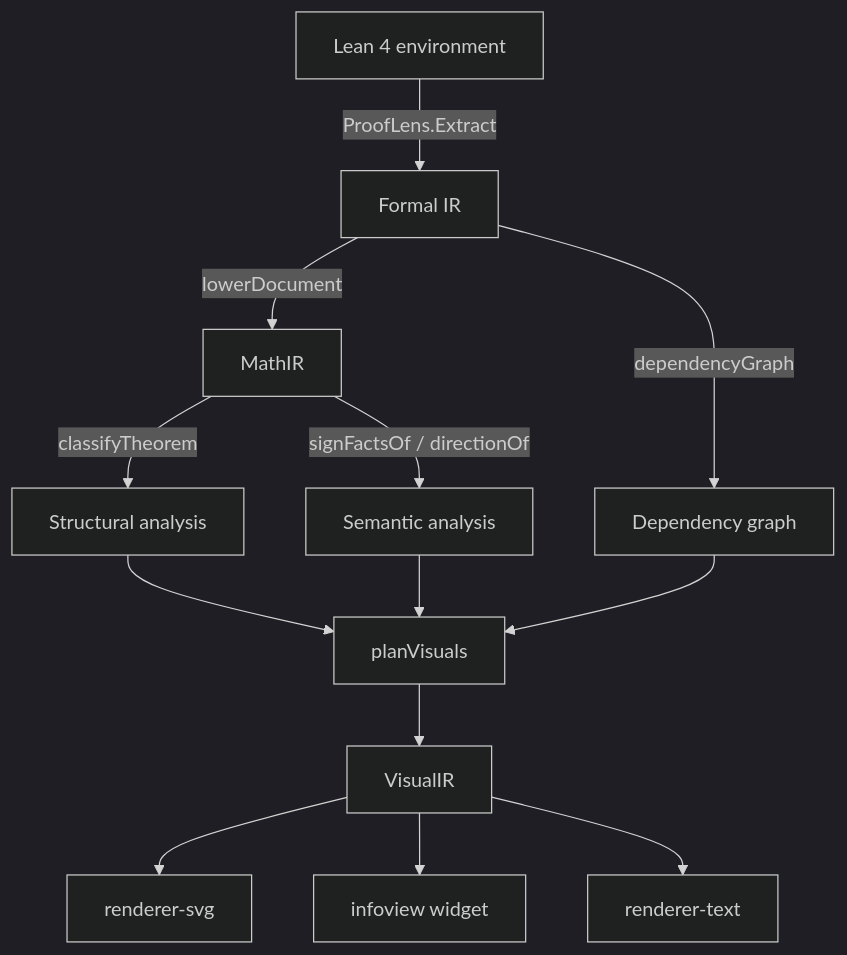
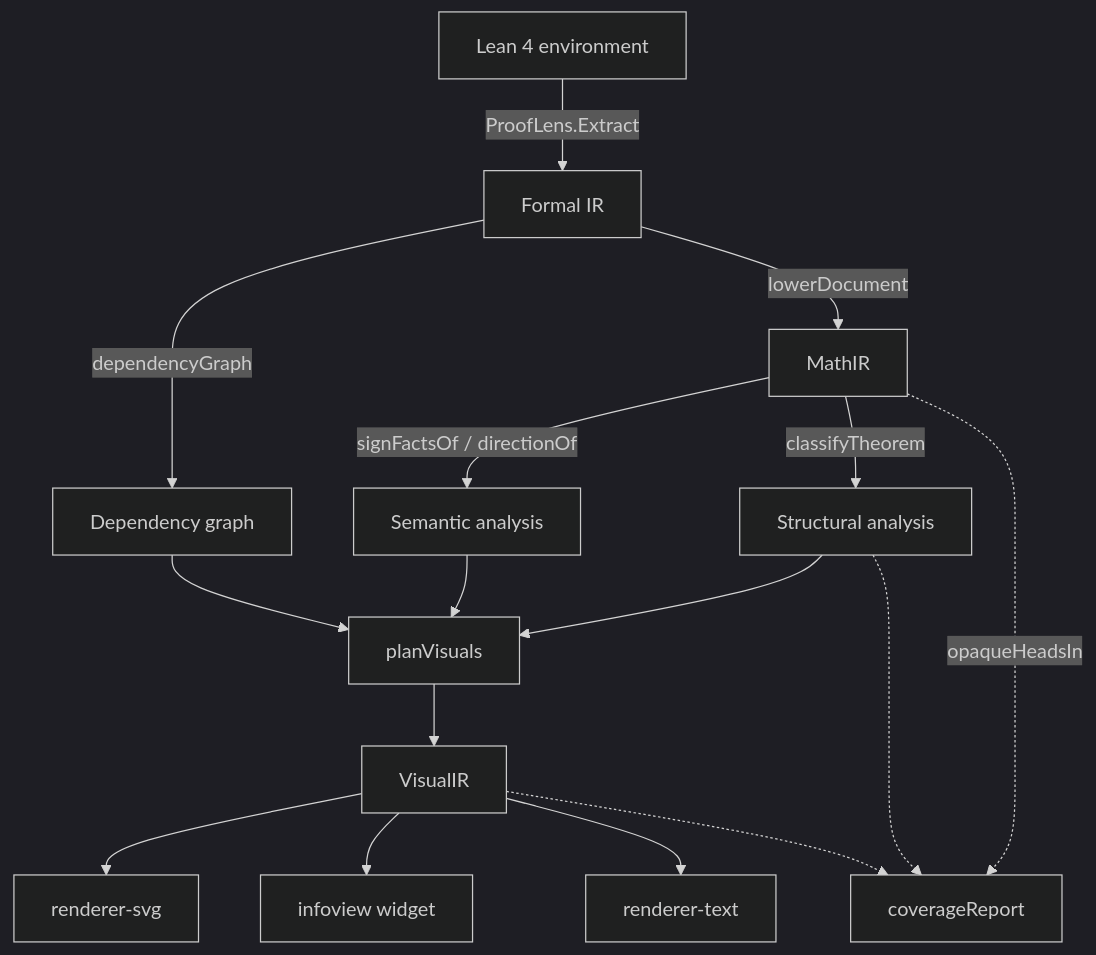
One commit to jdhart81/prooflens changed the first of 2 diagrams in docs/architecture.md. Above: the diagram before and after it, drawn with Mermaid (dark theme). The commit also changed other lines of this file and 64 other files, not shown here.

````diff
--- a/docs/architecture.md
+++ b/docs/architecture.md
@@ -57,15 +67,18 @@
 ```mermaid
 flowchart TD
     LEAN[Lean 4 environment] -->|ProofLens.Extract| FIR[Formal IR]
     FIR -->|lowerDocument| MIR[MathIR]
     MIR -->|classifyTheorem| STRUCT[Structural analysis]
     MIR -->|signFactsOf / directionOf| SEM[Semantic analysis]
     FIR -->|dependencyGraph| DEPS[Dependency graph]
     STRUCT --> PLAN[planVisuals]
     SEM --> PLAN
     DEPS --> PLAN
     PLAN --> VIR[VisualIR]
     VIR --> SVG[renderer-svg]
     VIR --> WIDGET[infoview widget]
     VIR --> TEXT[renderer-text]
+    MIR -.->|opaqueHeadsIn| COV[coverageReport]
+    STRUCT -.-> COV
+    VIR -.-> COV
 ```
````
